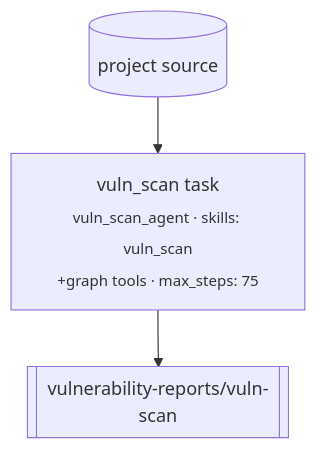
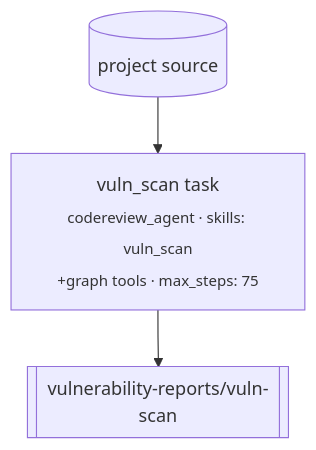
Before and after one commit to grauwolf32/contractor: the diagram in contractor/workflows/vuln_scan/README.md, drawn with Mermaid. The commit also changed other lines of this file and 18 other files, not shown here.

First line of the commit message:
refactor(agents): rename vuln_scan_agent -> codereview_agent

````diff
--- a/contractor/workflows/vuln_scan/README.md
+++ b/contractor/workflows/vuln_scan/README.md
@@ -11,5 +11,5 @@
 ```mermaid
 flowchart TD
-    SRC[("project source")] --> TASK["vuln_scan task<br/><sub>vuln_scan_agent · skills: vuln_scan<br/>+graph tools · max_steps: 75</sub>"]
+    SRC[("project source")] --> TASK["vuln_scan task<br/><sub>codereview_agent · skills: vuln_scan<br/>+graph tools · max_steps: 75</sub>"]
     TASK --> OUT[["vulnerability-reports/vuln-scan"]]
 ```
````
